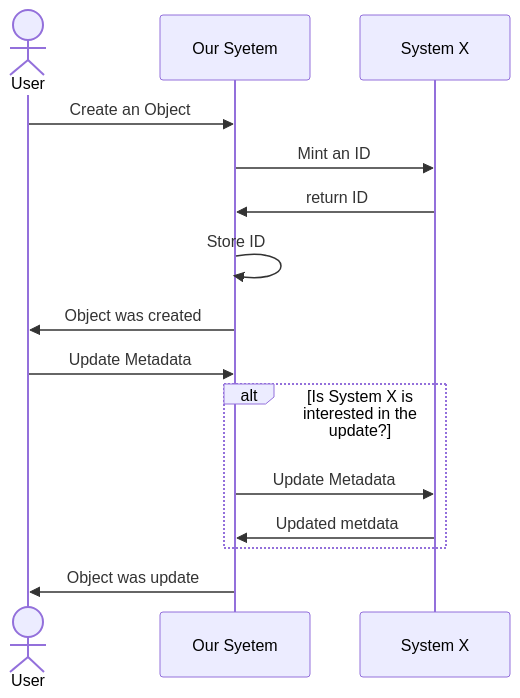
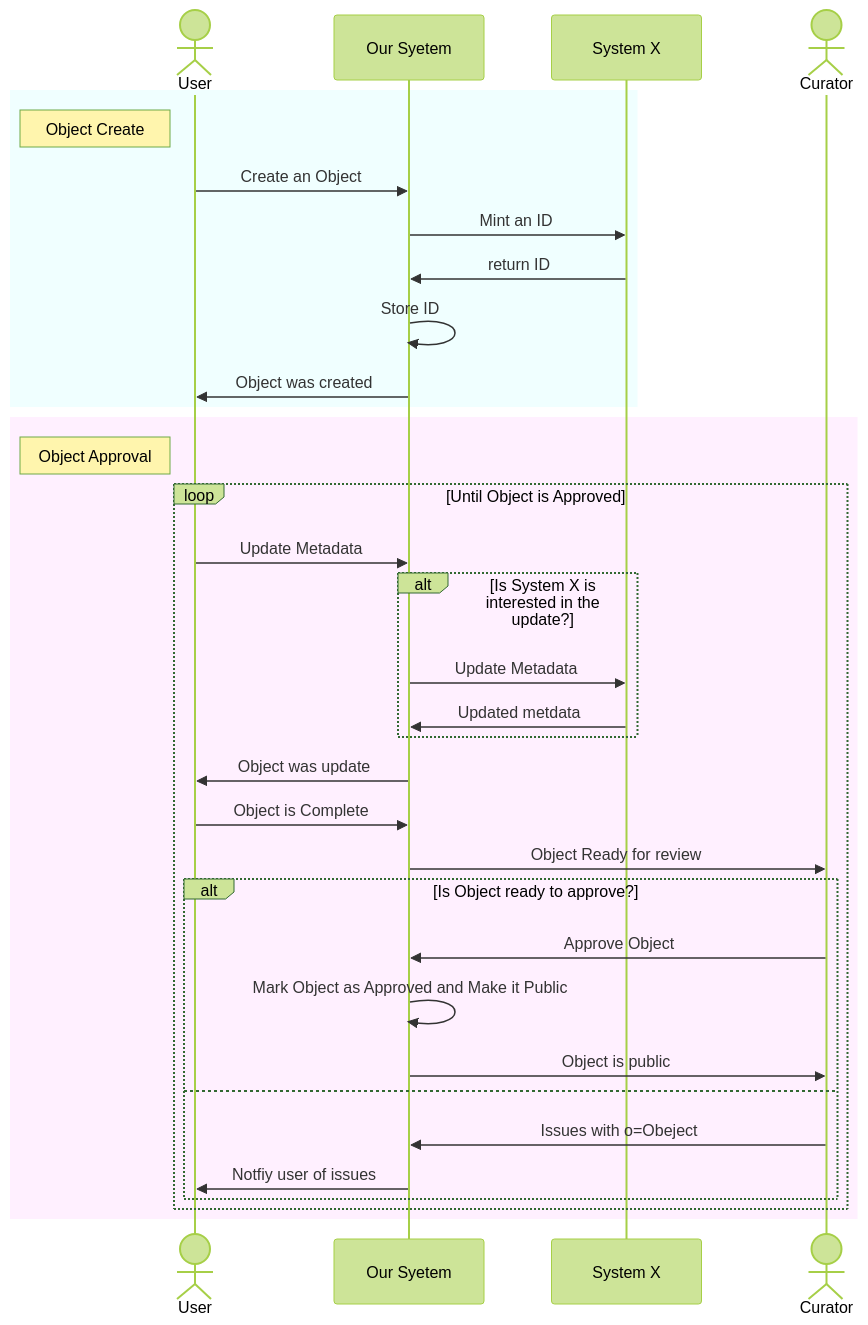
Before and after one commit to carolyncole/i_love_mermaid: the first of 6 diagrams in empty-flow.md, drawn with Mermaid.

Commit message:
rehursal tow endpoint

````diff
--- a/empty-flow.md
+++ b/empty-flow.md
@@ -10,17 +10,43 @@
 ```mermaid
 sequenceDiagram
+%%{init: { 'theme': 'forest',
+             'sequence': {'useMaxWidth':false, 
+                          'mirrorActors':true,   
+                          'diagramMarginX': 10
+                          } 
+            } 
+  }%%
 actor user as User
 participant oursys as Our Syetem
 participant sysx as System X
-user->>oursys: Create an Object
-oursys->>sysx: Mint an ID
-sysx->>oursys: return ID
-oursys->>oursys: Store ID
-oursys->>user: Object was created
-user->>oursys: Update Metadata
-alt Is System X is interested in the update?
-oursys->>sysx: Update Metadata
-sysx->>oursys: Updated metdata
+actor curat as Curator
+rect rgb(240, 255, 255)
+  note left of user: Object Create
+  user->>oursys: Create an Object
+  oursys->>sysx: Mint an ID
+  sysx->>oursys: return ID
+  oursys->>oursys: Store ID
+  oursys->>user: Object was created
 end
-oursys->>user: Object was update
+rect rgb(255, 240, 255)
+  note left of user: Object Approval
+  loop Until Object is Approved
+    user->>oursys: Update Metadata
+    alt Is System X is interested in the update?
+    oursys->>sysx: Update Metadata
+    sysx->>oursys: Updated metdata
+    end
+    oursys->>user: Object was update
+    user->>oursys: Object is Complete
+    oursys->>curat: Object Ready for review
+    alt Is Object ready to approve?
+      curat->>oursys: Approve Object
+      oursys->>oursys: Mark Object as Approved and Make it Public
+      oursys->>curat: Object is public
+    else
+      curat->>oursys: Issues with o=Obeject
+      oursys->>user: Notfiy user of issues
+    end
+  end
+end
 ```
````
